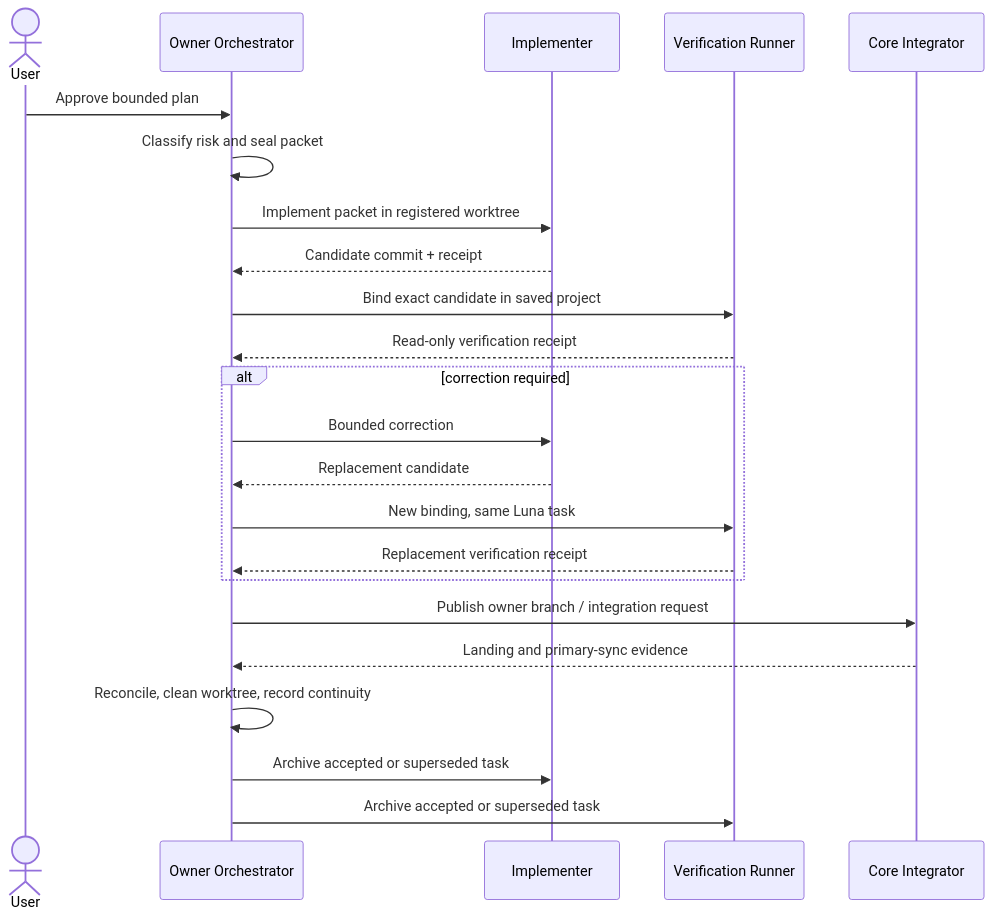
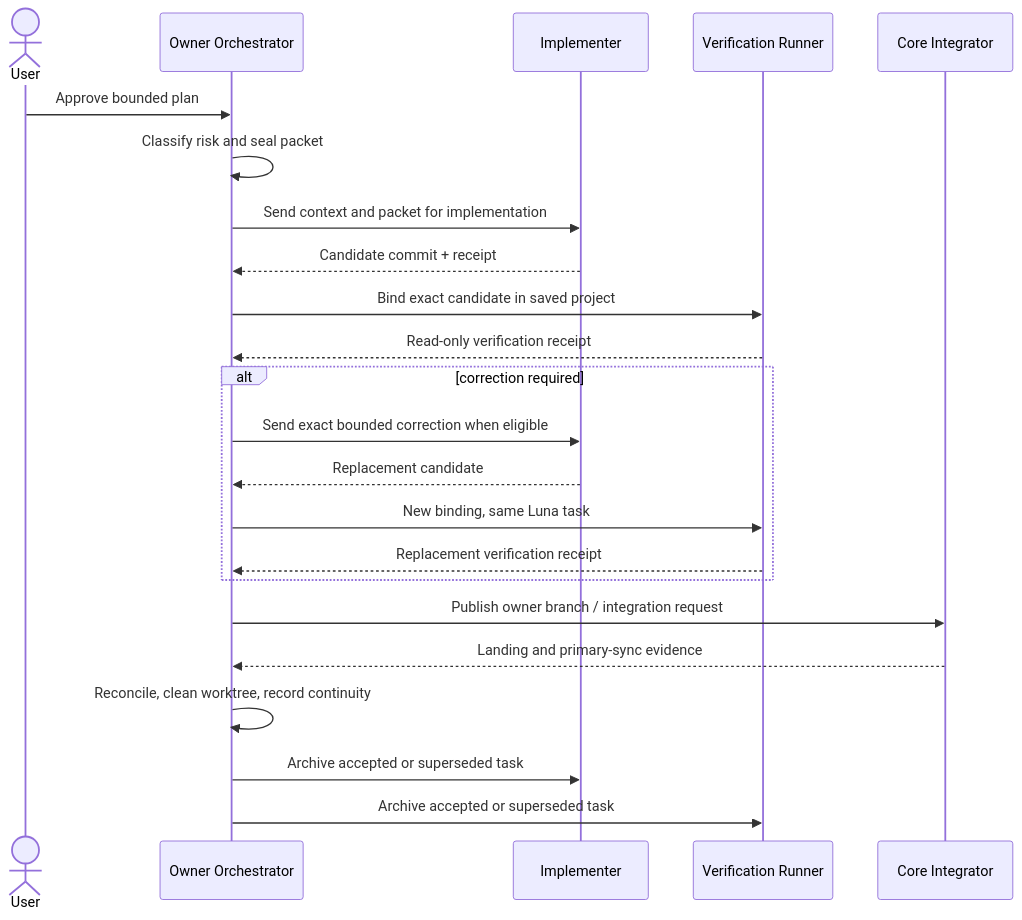
The fourth of 9 diagrams in docs/SYSTEM_USER_GUIDE.md (hancockm/governed-codex-bootstrap), drawn with Mermaid before and after one commit. The commit also changed other lines of this file and 11 other files, not shown here.

Commit message:
Integrate Sol-Terra document context workflow

````diff
--- a/docs/SYSTEM_USER_GUIDE.md
+++ b/docs/SYSTEM_USER_GUIDE.md
@@ -354,25 +353,25 @@
 ```mermaid
 sequenceDiagram
     actor User
     participant Sol as Owner Orchestrator
     participant Terra as Implementer
     participant Luna as Verification Runner
     participant Core as Core Integrator
     User->>Sol: Approve bounded plan
     Sol->>Sol: Classify risk and seal packet
-    Sol->>Terra: Implement packet in registered worktree
+    Sol->>Terra: Send context and packet for implementation
     Terra-->>Sol: Candidate commit + receipt
     Sol->>Luna: Bind exact candidate in saved project
     Luna-->>Sol: Read-only verification receipt
     alt correction required
-        Sol->>Terra: Bounded correction
+        Sol->>Terra: Send exact bounded correction when eligible
         Terra-->>Sol: Replacement candidate
         Sol->>Luna: New binding, same Luna task
         Luna-->>Sol: Replacement verification receipt
     end
     Sol->>Core: Publish owner branch / integration request
     Core-->>Sol: Landing and primary-sync evidence
     Sol->>Sol: Reconcile, clean worktree, record continuity
     Sol->>Terra: Archive accepted or superseded task
     Sol->>Luna: Archive accepted or superseded task
 ```
````
